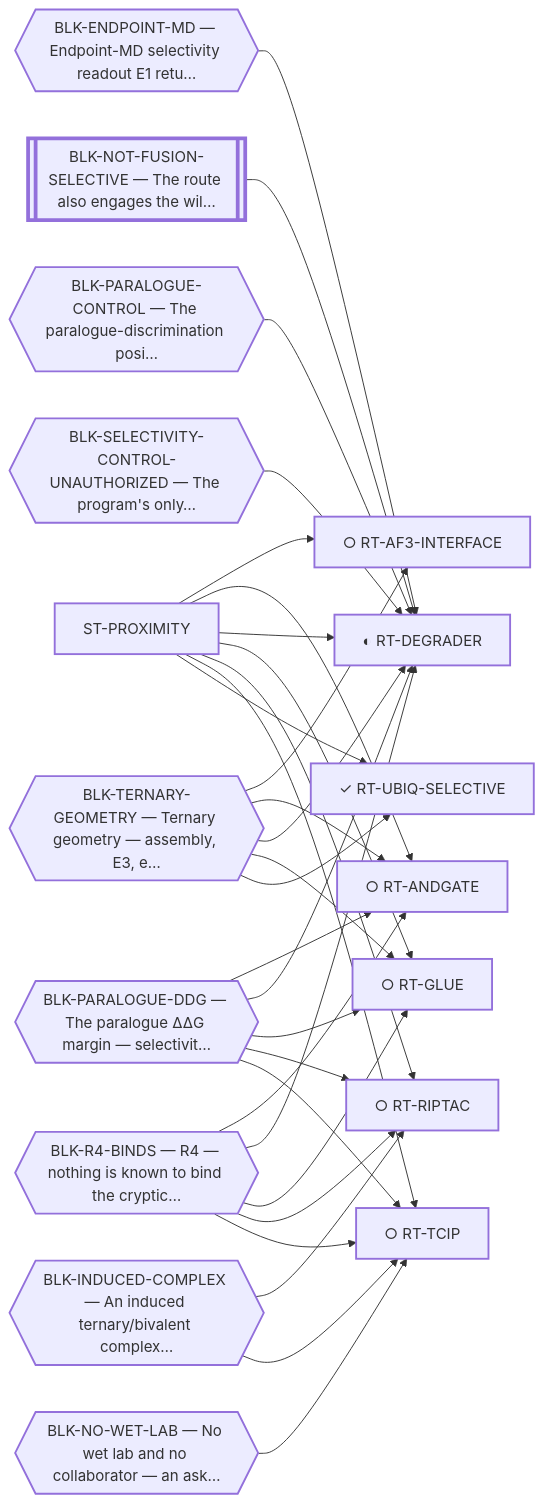
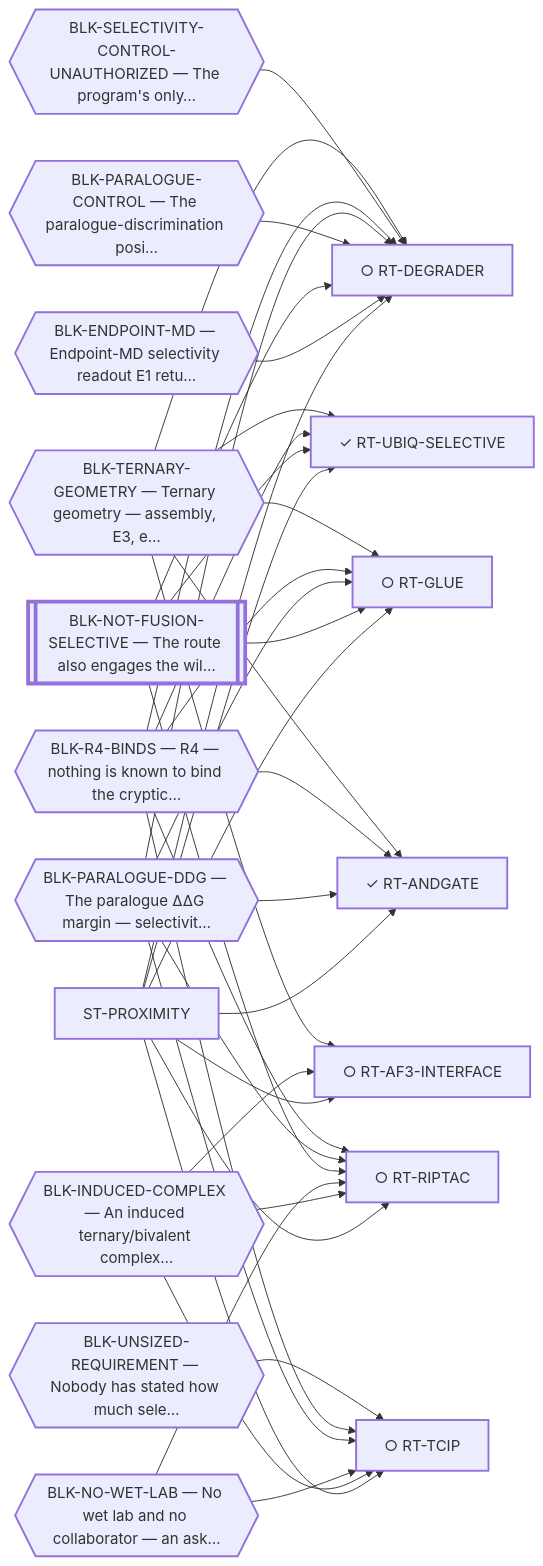
One commit to trimcrae/Rare-cancers changed the diagram in systems/views/L1-st-proximity.md. Above: the diagram before and after it, drawn with Mermaid. The commit also changed other lines of this file and 16 other files, not shown here.

````diff
--- a/systems/views/L1-st-proximity.md
+++ b/systems/views/L1-st-proximity.md
@@ -35,54 +35,62 @@
 ```mermaid
 flowchart LR
   ST_PROXIMITY["ST-PROXIMITY"]:::fam
   RT_AF3_INTERFACE["○ RT-AF3-INTERFACE"]:::fam
   ST_PROXIMITY --> RT_AF3_INTERFACE
-  RT_ANDGATE["○ RT-ANDGATE"]:::fam
+  RT_ANDGATE["✓ RT-ANDGATE"]:::fam
   ST_PROXIMITY --> RT_ANDGATE
-  RT_DEGRADER["◐ RT-DEGRADER"]:::fam
+  RT_DEGRADER["○ RT-DEGRADER"]:::fam
   ST_PROXIMITY --> RT_DEGRADER
   RT_GLUE["○ RT-GLUE"]:::fam
   ST_PROXIMITY --> RT_GLUE
   RT_RIPTAC["○ RT-RIPTAC"]:::fam
   ST_PROXIMITY --> RT_RIPTAC
   RT_TCIP["○ RT-TCIP"]:::fam
   ST_PROXIMITY --> RT_TCIP
   RT_UBIQ_SELECTIVE["✓ RT-UBIQ-SELECTIVE"]:::fam
   ST_PROXIMITY --> RT_UBIQ_SELECTIVE
 
   BLK_ENDPOINT_MD{{"BLK-ENDPOINT-MD — Endpoint-MD selectivity readout E1 retu…"}}:::blk
   BLK_ENDPOINT_MD --> RT_DEGRADER
   BLK_INDUCED_COMPLEX{{"BLK-INDUCED-COMPLEX — An induced ternary/bivalent complex…"}}:::blk
+  BLK_INDUCED_COMPLEX --> RT_AF3_INTERFACE
   BLK_INDUCED_COMPLEX --> RT_RIPTAC
   BLK_INDUCED_COMPLEX --> RT_TCIP
   BLK_NO_WET_LAB{{"BLK-NO-WET-LAB — No wet lab and no collaborator — an ask…"}}:::blk
+  BLK_NO_WET_LAB --> RT_RIPTAC
   BLK_NO_WET_LAB --> RT_TCIP
   BLK_NOT_FUSION_SELECTIVE[["BLK-NOT-FUSION-SELECTIVE — The route also engages the wil…"]]:::perm
   BLK_NOT_FUSION_SELECTIVE --> RT_DEGRADER
+  BLK_NOT_FUSION_SELECTIVE --> RT_GLUE
+  BLK_NOT_FUSION_SELECTIVE --> RT_RIPTAC
+  BLK_NOT_FUSION_SELECTIVE --> RT_UBIQ_SELECTIVE
   BLK_PARALOGUE_CONTROL{{"BLK-PARALOGUE-CONTROL — The paralogue-discrimination posi…"}}:::blk
   BLK_PARALOGUE_CONTROL --> RT_DEGRADER
   BLK_PARALOGUE_DDG{{"BLK-PARALOGUE-DDG — The paralogue ΔΔG margin — selectivit…"}}:::blk
   BLK_PARALOGUE_DDG --> RT_ANDGATE
   BLK_PARALOGUE_DDG --> RT_DEGRADER
   BLK_PARALOGUE_DDG --> RT_GLUE
   BLK_PARALOGUE_DDG --> RT_RIPTAC
   BLK_PARALOGUE_DDG --> RT_TCIP
   BLK_R4_BINDS{{"BLK-R4-BINDS — R4 — nothing is known to bind the cryptic…"}}:::blk
   BLK_R4_BINDS --> RT_ANDGATE
   BLK_R4_BINDS --> RT_DEGRADER
   BLK_R4_BINDS --> RT_GLUE
   BLK_R4_BINDS --> RT_RIPTAC
   BLK_R4_BINDS --> RT_TCIP
+  BLK_R4_BINDS --> RT_UBIQ_SELECTIVE
   BLK_SELECTIVITY_CONTROL_UNAUTHORIZED{{"BLK-SELECTIVITY-CONTROL-UNAUTHORIZED — The program's only…"}}:::blk
   BLK_SELECTIVITY_CONTROL_UNAUTHORIZED --> RT_DEGRADER
   BLK_TERNARY_GEOMETRY{{"BLK-TERNARY-GEOMETRY — Ternary geometry — assembly, E3, e…"}}:::blk
   BLK_TERNARY_GEOMETRY --> RT_AF3_INTERFACE
   BLK_TERNARY_GEOMETRY --> RT_ANDGATE
   BLK_TERNARY_GEOMETRY --> RT_DEGRADER
   BLK_TERNARY_GEOMETRY --> RT_GLUE
   BLK_TERNARY_GEOMETRY --> RT_UBIQ_SELECTIVE
+  BLK_UNSIZED_REQUIREMENT{{"BLK-UNSIZED-REQUIREMENT — Nobody has stated how much sele…"}}:::blk
+  BLK_UNSIZED_REQUIREMENT --> RT_TCIP
   classDef fam stroke-width:2px;
   classDef blk stroke-width:2px;
   classDef perm stroke-width:4px;
   classDef tech stroke-width:1px,stroke-dasharray:4 3;
 ```
````
